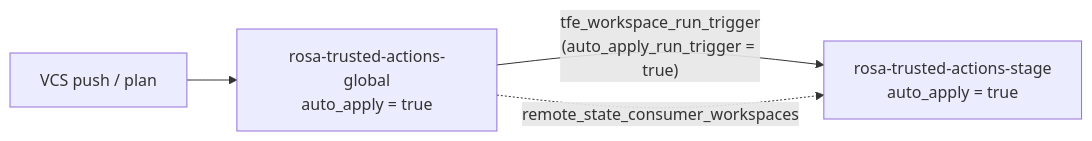
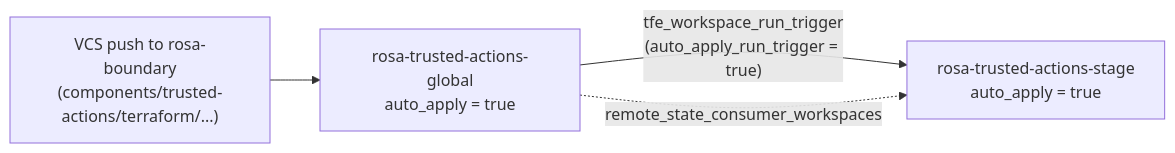
Before and after one commit to openshift-online/rosa-boundary: the fourth of 5 diagrams in openwiki/infrastructure/trusted-actions-deployment.md, drawn with Mermaid. The commit also changed other lines of this file and 46 other files, not shown here.

````diff
--- a/openwiki/infrastructure/trusted-actions-deployment.md
+++ b/openwiki/infrastructure/trusted-actions-deployment.md
@@ -266,6 +380,6 @@
 ```mermaid
 flowchart LR
-    GPUSH["VCS push / plan"] --> GLOBALWS["rosa-trusted-actions-global\nauto_apply = true"]
+    GPUSH["VCS push to rosa-boundary\n(components/trusted-actions/terraform/...)"] --> GLOBALWS["rosa-trusted-actions-global\nauto_apply = true"]
     GLOBALWS -->|"tfe_workspace_run_trigger\n(auto_apply_run_trigger = true)"| STAGEWS["rosa-trusted-actions-stage\nauto_apply = true"]
     GLOBALWS -.->|"remote_state_consumer_workspaces"| STAGEWS
 ```
````
